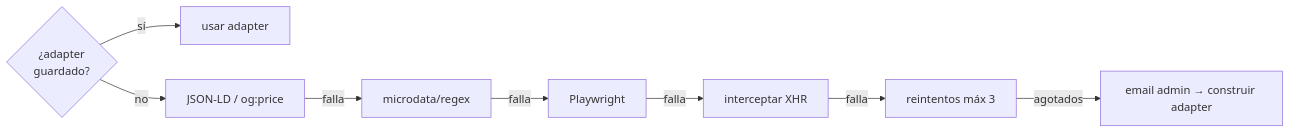
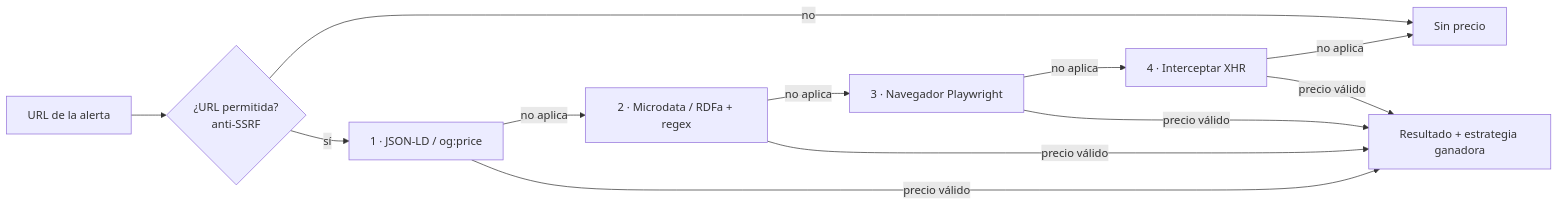
Before and after one commit to vida-I-found-it/architecture: the fourth of 6 diagrams in _docs/architecture/scraping-flow.md, drawn with Mermaid. The commit also changed other lines of this file and 16 other files, not shown here.

First line of the commit message:
docs(architecture): 🏗️ schedule sends one URL at a time to the scraper (ADR-0004)

````diff
--- a/_docs/architecture/scraping-flow.md
+++ b/_docs/architecture/scraping-flow.md
@@ -95,10 +113,14 @@
 ```mermaid
 graph LR
-    A0{¿adapter<br/>guardado?} -->|sí| USE[usar adapter]
-    A0 -->|no| C1[JSON-LD / og:price]
-    C1 -->|falla| C2[microdata/regex]
-    C2 -->|falla| C3[Playwright]
-    C3 -->|falla| C4[interceptar XHR]
-    C4 -->|falla| RT[reintentos máx 3]
-    RT -->|agotados| ADM[email admin → construir adapter]
+    U[URL de la alerta] --> V{¿URL permitida?<br/>anti-SSRF}
+    V -->|no| NP[Sin precio]
+    V -->|sí| E1[1 · JSON-LD / og:price]
+    E1 -->|no aplica| E2[2 · Microdata / RDFa + regex]
+    E2 -->|no aplica| E3[3 · Navegador Playwright]
+    E3 -->|no aplica| E4[4 · Interceptar XHR]
+    E4 -->|no aplica| NP
+    E1 -->|precio válido| OK[Resultado + estrategia ganadora]
+    E2 -->|precio válido| OK
+    E3 -->|precio válido| OK
+    E4 -->|precio válido| OK
 ```
````
